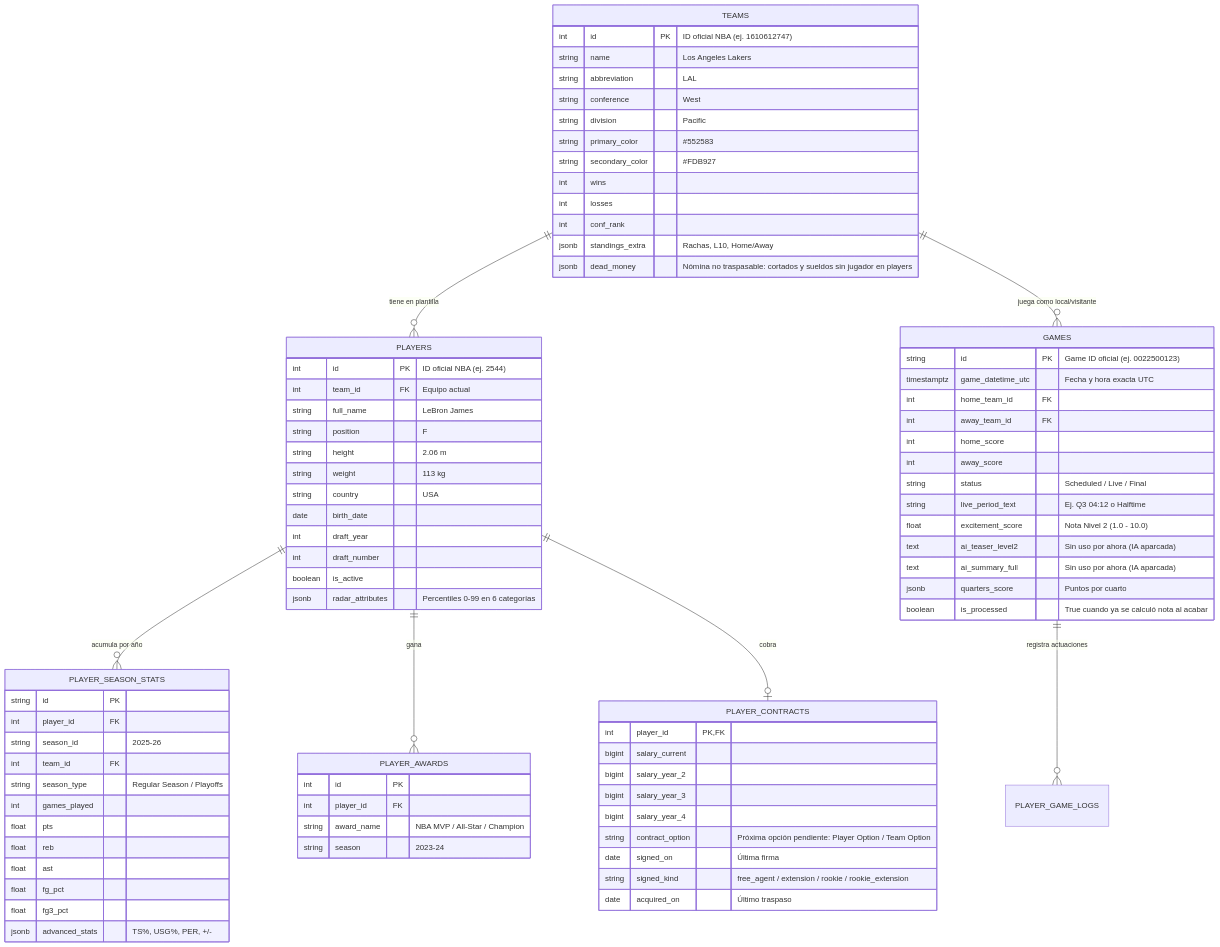
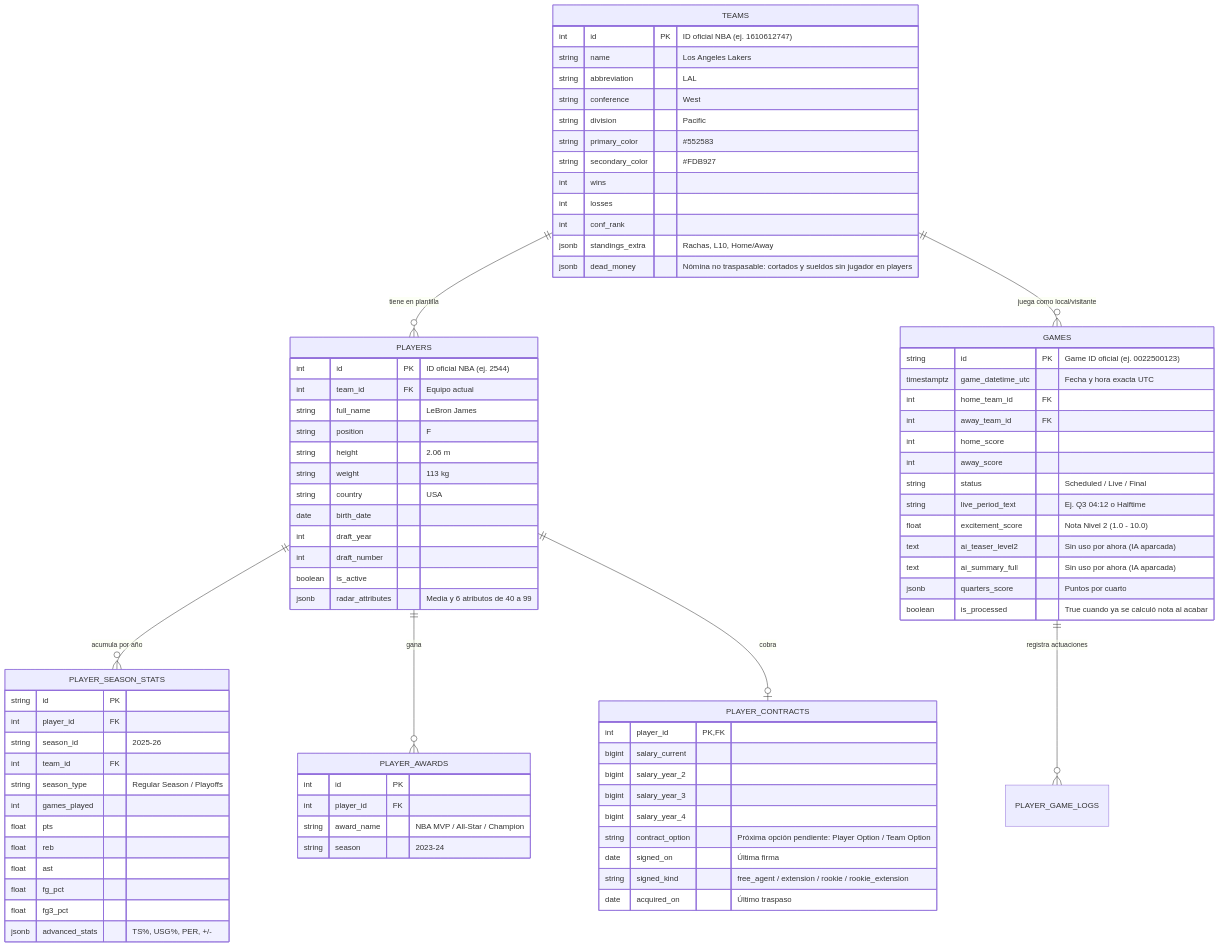
The second of 2 diagrams in README.md (apf310/hoopmeter), drawn with Mermaid before and after one commit. The commit also changed other lines of this file and 31 other files, not shown here.

```diff
--- a/README.md
+++ b/README.md
@@ -183,7 +183,7 @@
         int draft_year
         int draft_number
         boolean is_active
-        jsonb radar_attributes "Percentiles 0-99 en 6 categorías"
+        jsonb radar_attributes "Media y 6 atributos de 40 a 99"
     }
 
     GAMES {
```
